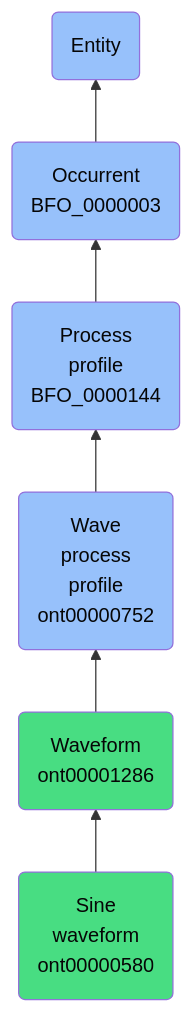
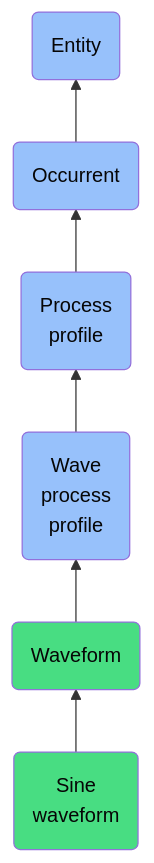
One commit to jupyter-naas/abi changed the diagram in docs/ontology/reference/model/Entity/Occurrent/Process profile/Wave process profile/Waveform/Sine waveform/Sine waveform.md. Above: the diagram before and after it, drawn with Mermaid. The commit also changed other lines of this file and 1430 other files, not shown here.

````diff
--- a/docs/ontology/reference/model/Entity/Occurrent/Process profile/Wave process profile/Waveform/Sine waveform/Sine waveform.md
+++ b/docs/ontology/reference/model/Entity/Occurrent/Process profile/Wave process profile/Waveform/Sine waveform/Sine waveform.md
@@ -24,13 +24,13 @@
 ```mermaid
 graph BT
-    ont00000580(Sine<br>waveform<br>ont00000580):::ABI-->ont00001286
-    ont00001286(Waveform<br>ont00001286):::ABI-->ont00000752
-    ont00000752(Wave<br>process<br>profile<br>ont00000752):::BFO-->BFO_0000144
-    BFO_0000144(Process<br>profile<br>BFO_0000144):::BFO-->BFO_0000003
-    BFO_0000003(Occurrent<br>BFO_0000003):::BFO-->BFO_0000001
+    ont00000580(Sine<br>waveform):::ABI-->ont00001286
+    ont00001286(Waveform):::ABI-->ont00000752
+    ont00000752(Wave<br>process<br>profile):::BFO-->BFO_0000144
+    BFO_0000144(Process<br>profile):::BFO-->BFO_0000003
+    BFO_0000003(Occurrent):::BFO-->BFO_0000001
     BFO_0000001(Entity):::BFO
     
     classDef BFO fill:#97c1fb,color:#060606
     classDef CCO fill:#e4c51e,color:#060606
     classDef ABI fill:#48DD82,color:#060606
 ```
````
